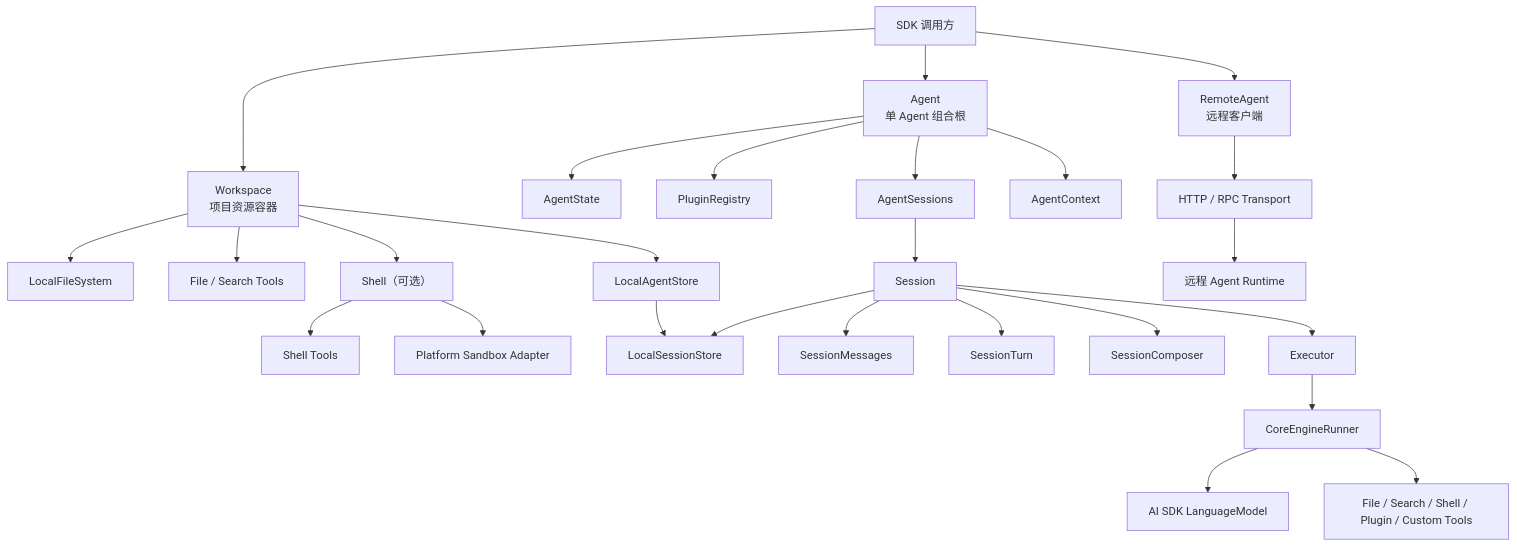
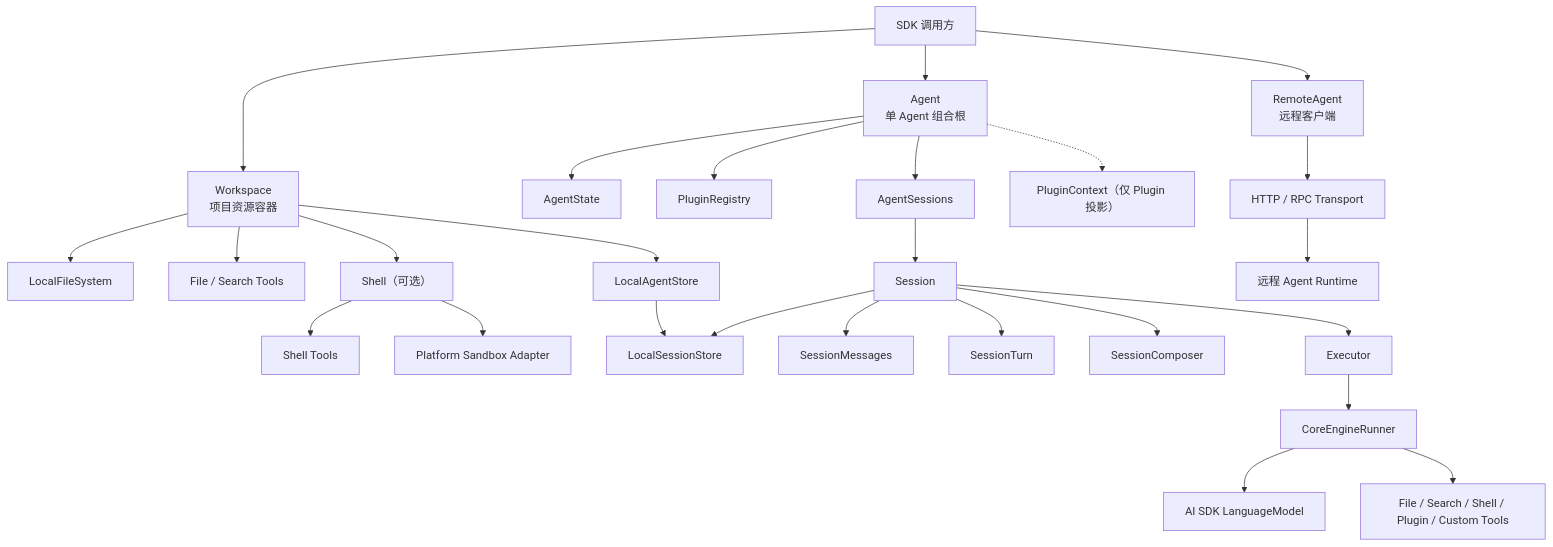
One commit to genesiscosmos/downcity changed the first of 4 diagrams in docs/agent-sdk-architecture.md. Above: the diagram before and after it, drawn with Mermaid. The commit also changed other lines of this file and 461 other files, not shown here.

Commit message:
refactor(agent): clarify sdk and plugin boundaries

````diff
--- a/docs/agent-sdk-architecture.md
+++ b/docs/agent-sdk-architecture.md
@@ -30,34 +30,34 @@
 ```mermaid
 flowchart TD
     App["SDK 调用方"] --> Workspace["Workspace<br/>项目资源容器"]
     App --> Agent["Agent<br/>单 Agent 组合根"]
     App --> RemoteAgent["RemoteAgent<br/>远程客户端"]
 
     Workspace --> Files["LocalFileSystem"]
     Workspace --> WorkspaceTools["File / Search Tools"]
     Workspace --> AgentStore["LocalAgentStore"]
     Workspace --> Shell["Shell（可选）"]
 
     Shell --> ShellTools["Shell Tools"]
     Shell --> Sandbox["Platform Sandbox Adapter"]
 
     Agent --> AgentState["AgentState"]
     Agent --> Plugins["PluginRegistry"]
     Agent --> Sessions["AgentSessions"]
-    Agent --> Context["AgentContext"]
+    Agent -.-> Context["PluginContext（仅 Plugin 投影）"]
 
     Sessions --> Session["Session"]
     AgentStore --> SessionStore["LocalSessionStore"]
     Session --> SessionStore
     Session --> Messages["SessionMessages"]
     Session --> Turn["SessionTurn"]
     Session --> Composer["SessionComposer"]
     Session --> Executor["Executor"]
 
     Executor --> Engine["CoreEngineRunner"]
     Engine --> Model["AI SDK LanguageModel"]
     Engine --> Tools["File / Search / Shell / Plugin / Custom Tools"]
 
     RemoteAgent --> Transport["HTTP / RPC Transport"]
     Transport --> Server["远程 Agent Runtime"]
 ```
````
